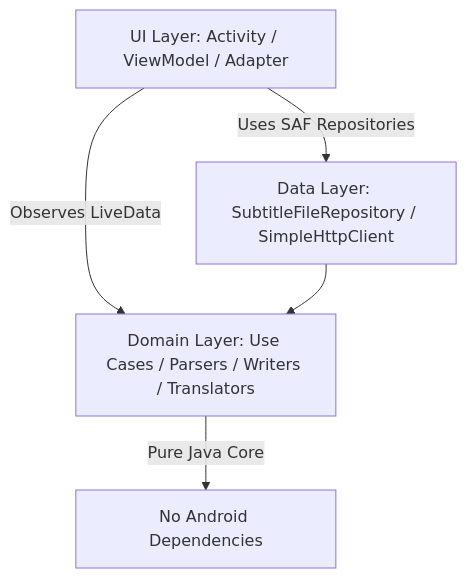
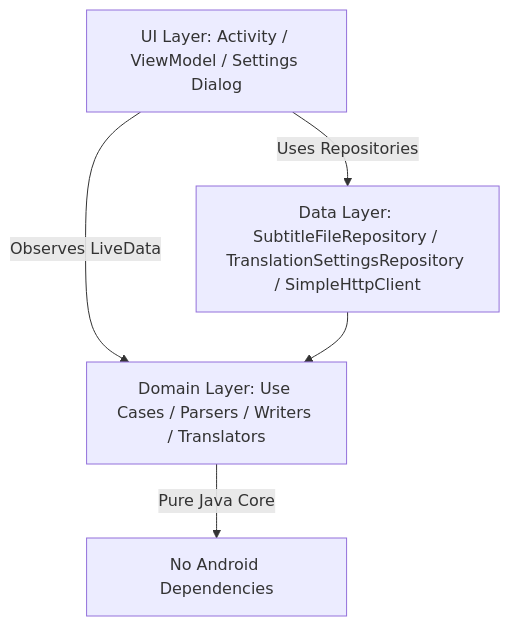
The diagram in README.md (omar-haidar/Vtt2Srt), drawn with Mermaid before and after one commit. The commit also changed other lines of this file and 21 other files, not shown here.

````diff
--- a/README.md
+++ b/README.md
@@ -32,7 +37,7 @@
 ```mermaid
 graph TD
-    UI[UI Layer: Activity / ViewModel / Adapter] -->|Observes LiveData| Domain[Domain Layer: Use Cases / Parsers / Writers / Translators]
-    UI -->|Uses SAF Repositories| Data[Data Layer: SubtitleFileRepository / SimpleHttpClient]
+    UI[UI Layer: Activity / ViewModel / Settings Dialog] -->|Observes LiveData| Domain[Domain Layer: Use Cases / Parsers / Writers / Translators]
+    UI -->|Uses Repositories| Data[Data Layer: SubtitleFileRepository / TranslationSettingsRepository / SimpleHttpClient]
     Data --> Domain
     Domain -->|Pure Java Core| Independent[No Android Dependencies]
 ```
````
